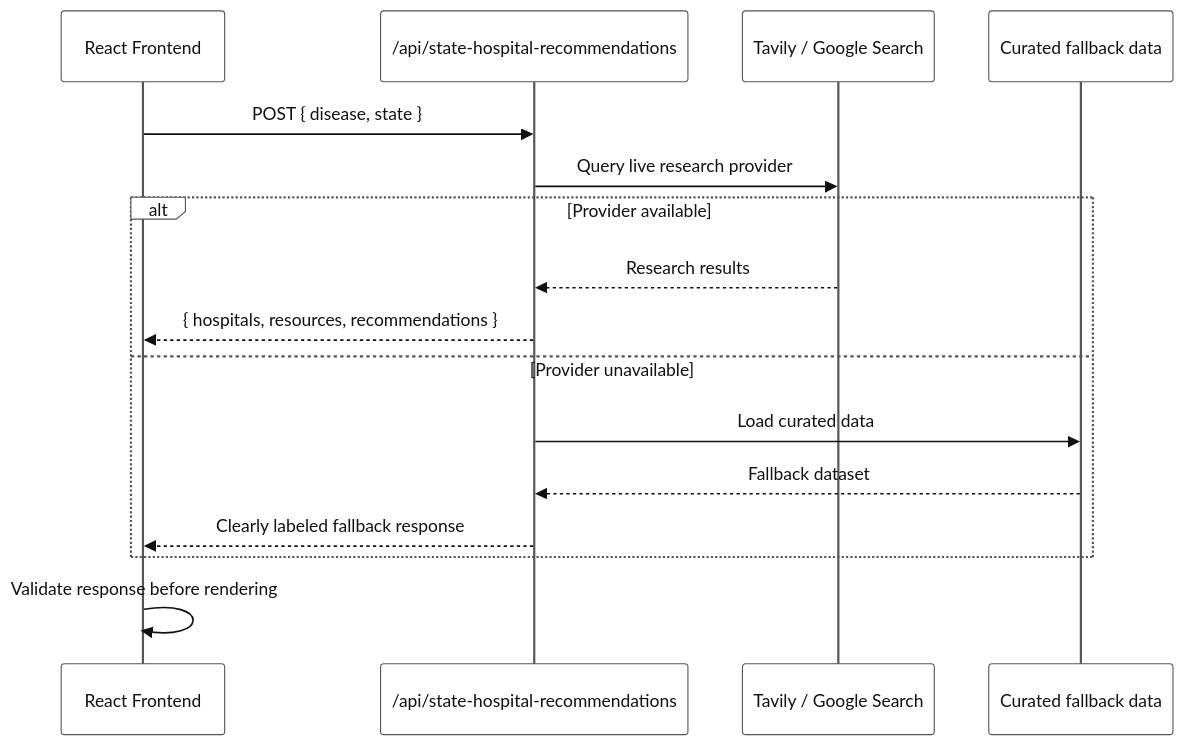
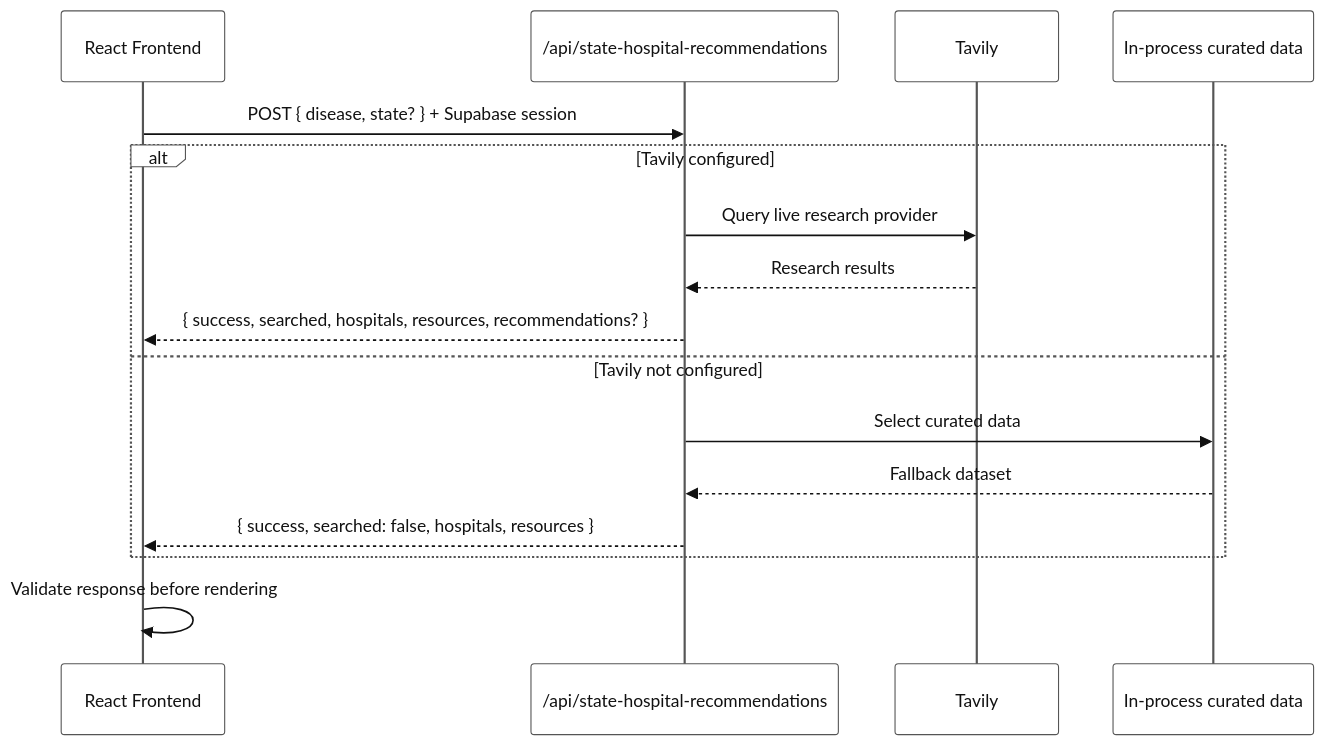
Before and after one commit to vanshkatnor1505/BuiltTechies: the second of 4 diagrams in PROJECT INFORMATION/API-REFERENCE.md, drawn with Mermaid. The commit also changed other lines of this file, not shown here.

Commit message:
feat: enhance API documentation with detailed endpoint descriptions and authentication requirements

````diff
--- a/PROJECT INFORMATION/API-REFERENCE.md
+++ b/PROJECT INFORMATION/API-REFERENCE.md
@@ -78,20 +96,20 @@
 ```mermaid
 %%{init: {'theme':'base', 'themeVariables': {'primaryColor':'#ffffff','primaryTextColor':'#111111','primaryBorderColor':'#555555','lineColor':'#555555','secondaryColor':'#f5f5f5','tertiaryColor':'#ffffff','fontSize':'15px','darkMode':false,'background':'#ffffff'}}}%%
 sequenceDiagram
     participant FE as React Frontend
     participant API as /api/state-hospital-recommendations
-    participant R as Tavily / Google Search
-    participant DB as Curated fallback data
+    participant R as Tavily
+    participant DB as In-process curated data
 
-    FE->>API: POST { disease, state }
-    API->>R: Query live research provider
-    alt Provider available
+    FE->>API: POST { disease, state? } + Supabase session
+    alt Tavily configured
+        API->>R: Query live research provider
         R-->>API: Research results
-        API-->>FE: { hospitals, resources, recommendations }
-    else Provider unavailable
-        API->>DB: Load curated data
+        API-->>FE: { success, searched, hospitals, resources, recommendations? }
+    else Tavily not configured
+        API->>DB: Select curated data
         DB-->>API: Fallback dataset
-        API-->>FE: Clearly labeled fallback response
+        API-->>FE: { success, searched: false, hospitals, resources }
     end
     FE->>FE: Validate response before rendering
 ```
````
